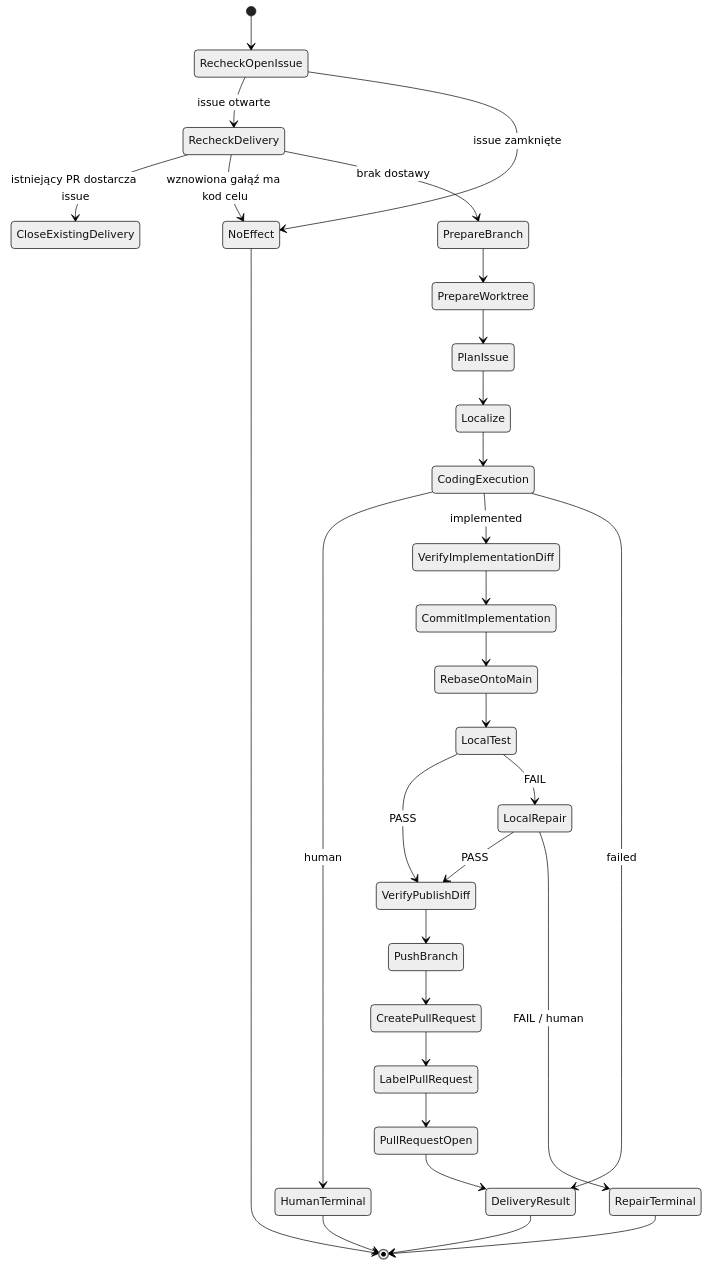
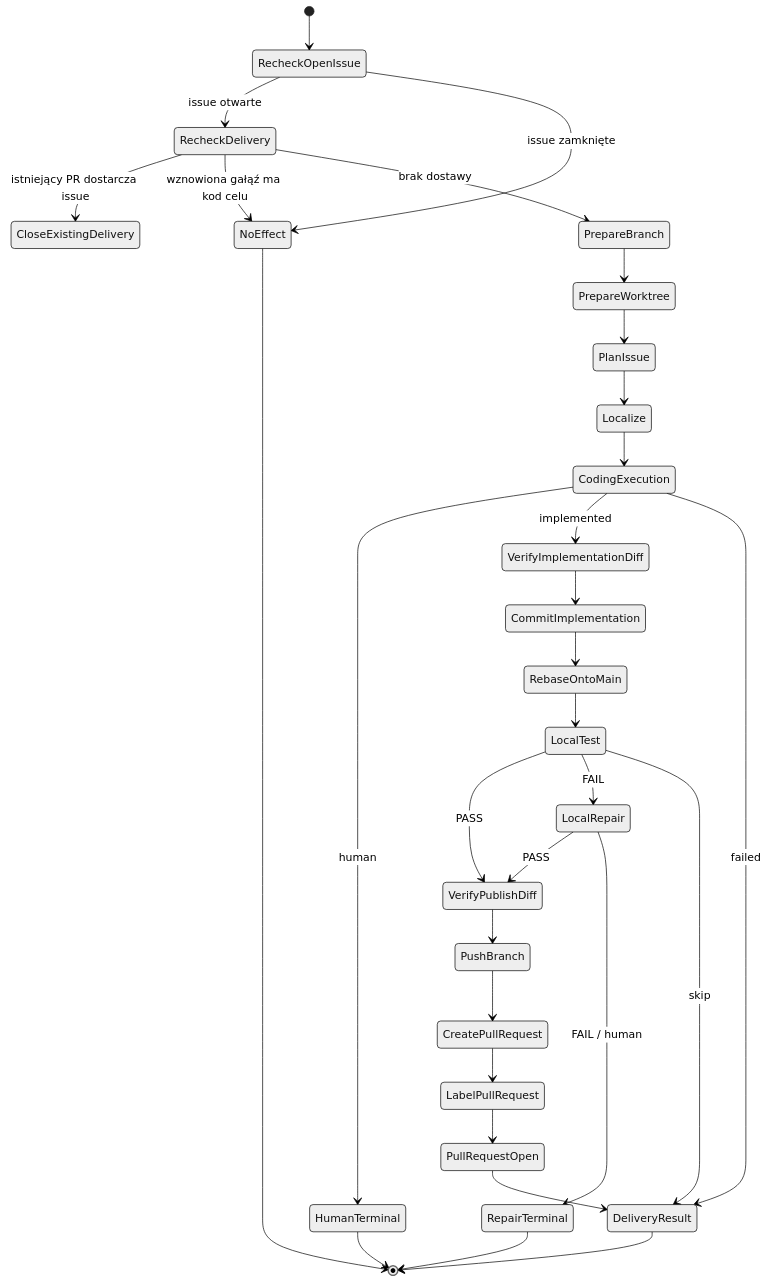
Before and after one commit to mikolaj92/lokay: diagram 41 of 46 in README.md, drawn with Mermaid (neutral theme). The commit also changed other lines of this file and 12 other files, not shown here.

First line of the commit message:
fix: skipped select_local_test is a miss, not a parent fail

````diff
--- a/README.md
+++ b/README.md
@@ -1087,32 +1087,33 @@
 ```mermaid
 stateDiagram-v2
     [*] --> RecheckOpenIssue
     RecheckOpenIssue --> RecheckDelivery: issue otwarte
     RecheckOpenIssue --> NoEffect: issue zamknięte
     RecheckDelivery --> CloseExistingDelivery: istniejący PR dostarcza issue
     RecheckDelivery --> NoEffect: wznowiona gałąź ma kod celu
     RecheckDelivery --> PrepareBranch: brak dostawy
     PrepareBranch --> PrepareWorktree
     PrepareWorktree --> PlanIssue
     PlanIssue --> Localize
     Localize --> CodingExecution
     CodingExecution --> HumanTerminal: human
     CodingExecution --> VerifyImplementationDiff: implemented
     CodingExecution --> DeliveryResult: failed
     VerifyImplementationDiff --> CommitImplementation
     CommitImplementation --> RebaseOntoMain
     RebaseOntoMain --> LocalTest
     LocalTest --> VerifyPublishDiff: PASS
     LocalTest --> LocalRepair: FAIL
+    LocalTest --> DeliveryResult: skip
     LocalRepair --> VerifyPublishDiff: PASS
     LocalRepair --> RepairTerminal: FAIL / human
     VerifyPublishDiff --> PushBranch
     PushBranch --> CreatePullRequest
     CreatePullRequest --> LabelPullRequest
     LabelPullRequest --> PullRequestOpen
     PullRequestOpen --> DeliveryResult
     DeliveryResult --> [*]
     NoEffect --> [*]
     HumanTerminal --> [*]
     RepairTerminal --> [*]
 ```
````
